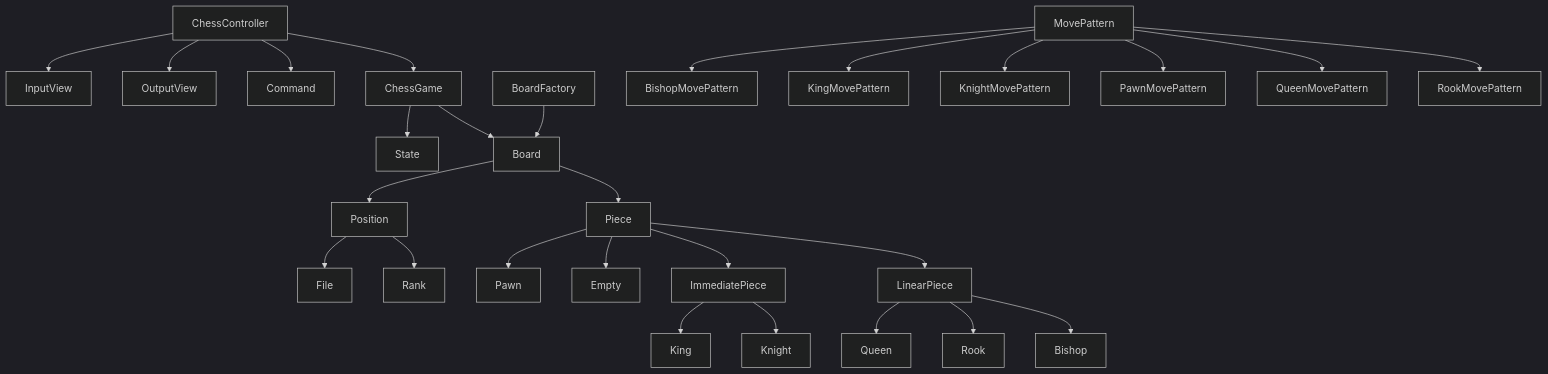
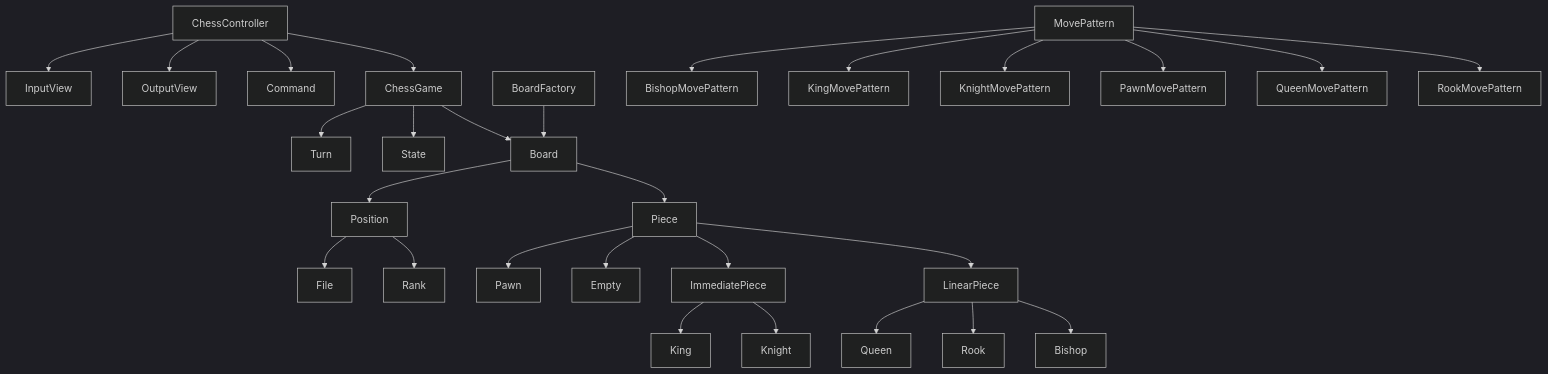
The diagram in README.md (woowacourse/java-chess), drawn with Mermaid (dark theme) before and after one commit. The commit also changed other lines of this file, not shown here.

````diff
--- a/README.md
+++ b/README.md
@@ -11,36 +11,37 @@
 ```mermaid
 graph TD
     ChessController --> InputView
     ChessController --> OutputView
     ChessController --> Command
     ChessController --> ChessGame
 
+    ChessGame --> Turn
     ChessGame --> State
     ChessGame --> Board
     
     BoardFactory --> Board
 
     Board --> Piece
     Board --> Position
     
     Position --> File
     Position --> Rank
     
     Piece --> Pawn
     Piece --> Empty
     Piece --> ImmediatePiece
     Piece --> LinearPiece
     ImmediatePiece --> King
     ImmediatePiece --> Knight
     
     LinearPiece --> Queen
     LinearPiece --> Rook
     LinearPiece --> Bishop
     
     MovePattern --> BishopMovePattern
     MovePattern --> KingMovePattern
     MovePattern --> KnightMovePattern
     MovePattern --> PawnMovePattern
     MovePattern --> QueenMovePattern
     MovePattern --> RookMovePattern
 ```
````
